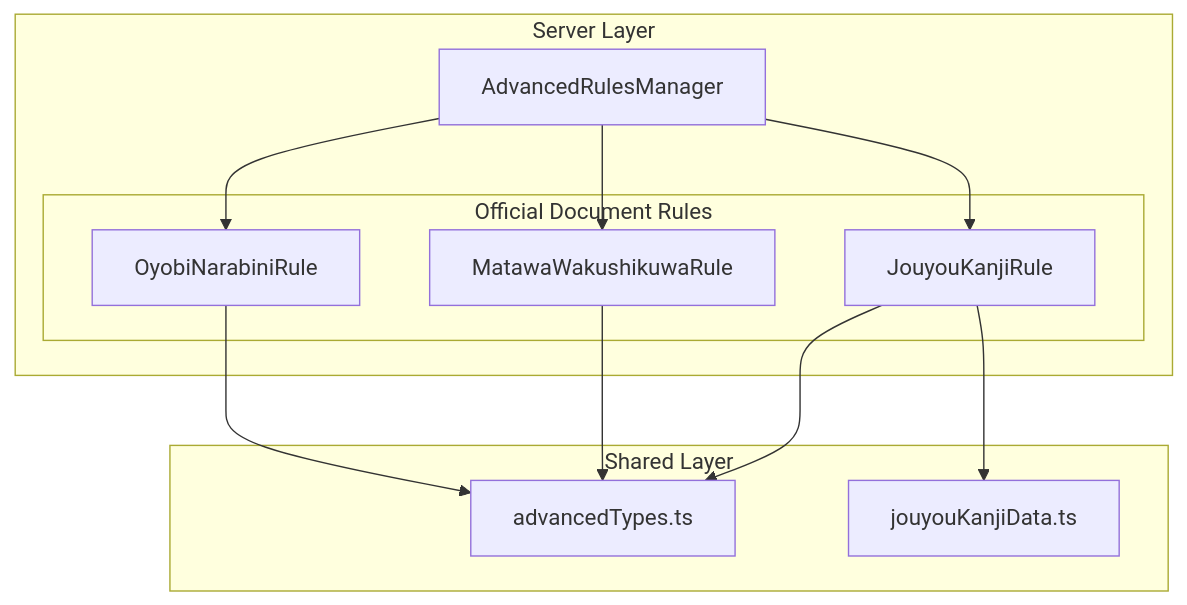
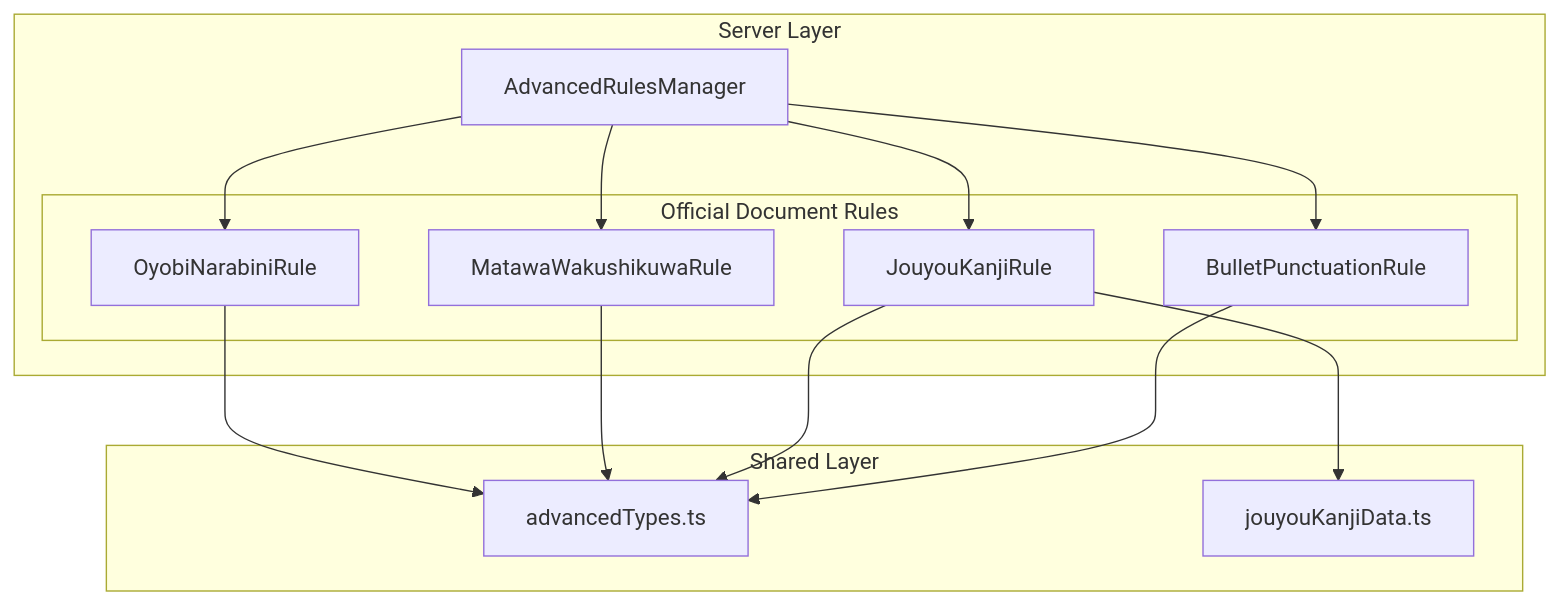
One commit to tsuyoshi-otake/otak-lsp changed the diagram in .kiro/specs/official-document-rules/design.md. Above: the diagram before and after it, drawn with Mermaid. The commit also changed other lines of this file and 16 other files, not shown here.

First line of the commit message:
feat(server): add bullet punctuation rule for official documents

````diff
--- a/.kiro/specs/official-document-rules/design.md
+++ b/.kiro/specs/official-document-rules/design.md
@@ -15,24 +16,27 @@
 ```mermaid
 graph TB
     subgraph "Server Layer"
         ARM[AdvancedRulesManager]
         subgraph "Official Document Rules"
             OYR[OyobiNarabiniRule]
             MWR[MatawaWakushikuwaRule]
             JKC[JouyouKanjiRule]
+            BPR[BulletPunctuationRule]
         end
     end
     
     subgraph "Shared Layer"
         AT[advancedTypes.ts]
         JKD[jouyouKanjiData.ts]
     end
     
     ARM --> OYR
     ARM --> MWR
     ARM --> JKC
+    ARM --> BPR
     OYR --> AT
     MWR --> AT
     JKC --> AT
+    BPR --> AT
     JKC --> JKD
 ```
````
